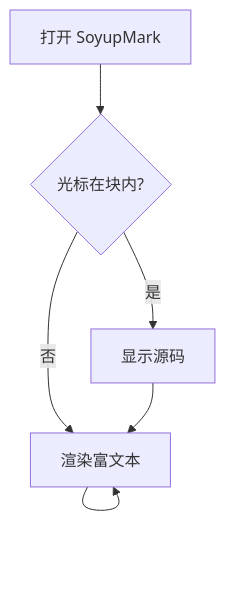
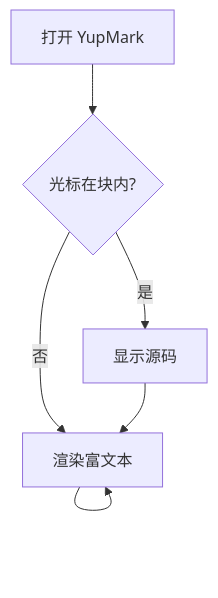
Before and after one commit to cnyup/yup-mark: the first of 2 diagrams in samples/m3-demo.md, drawn with Mermaid. The commit also changed 31 other files, not shown here.

Commit message:
refactor!: rename project SoyupMark -> YupMark

````diff
--- a/samples/m3-demo.md
+++ b/samples/m3-demo.md
@@ -21,8 +21,8 @@
 ```mermaid
 graph TD
-    A[打开 SoyupMark] --> B{光标在块内?}
+    A[打开 YupMark] --> B{光标在块内?}
     B -->|是| C[显示源码]
     B -->|否| D[渲染富文本]
     C --> D
     D --> D
 ```
````
